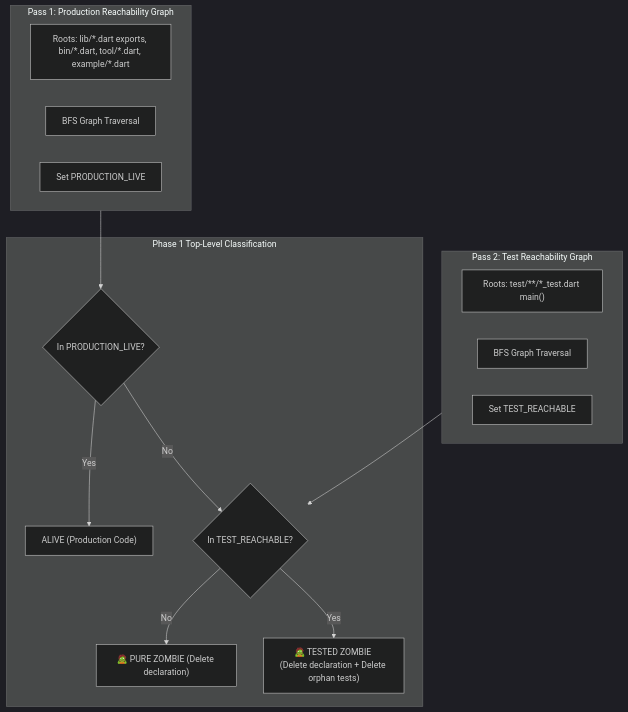
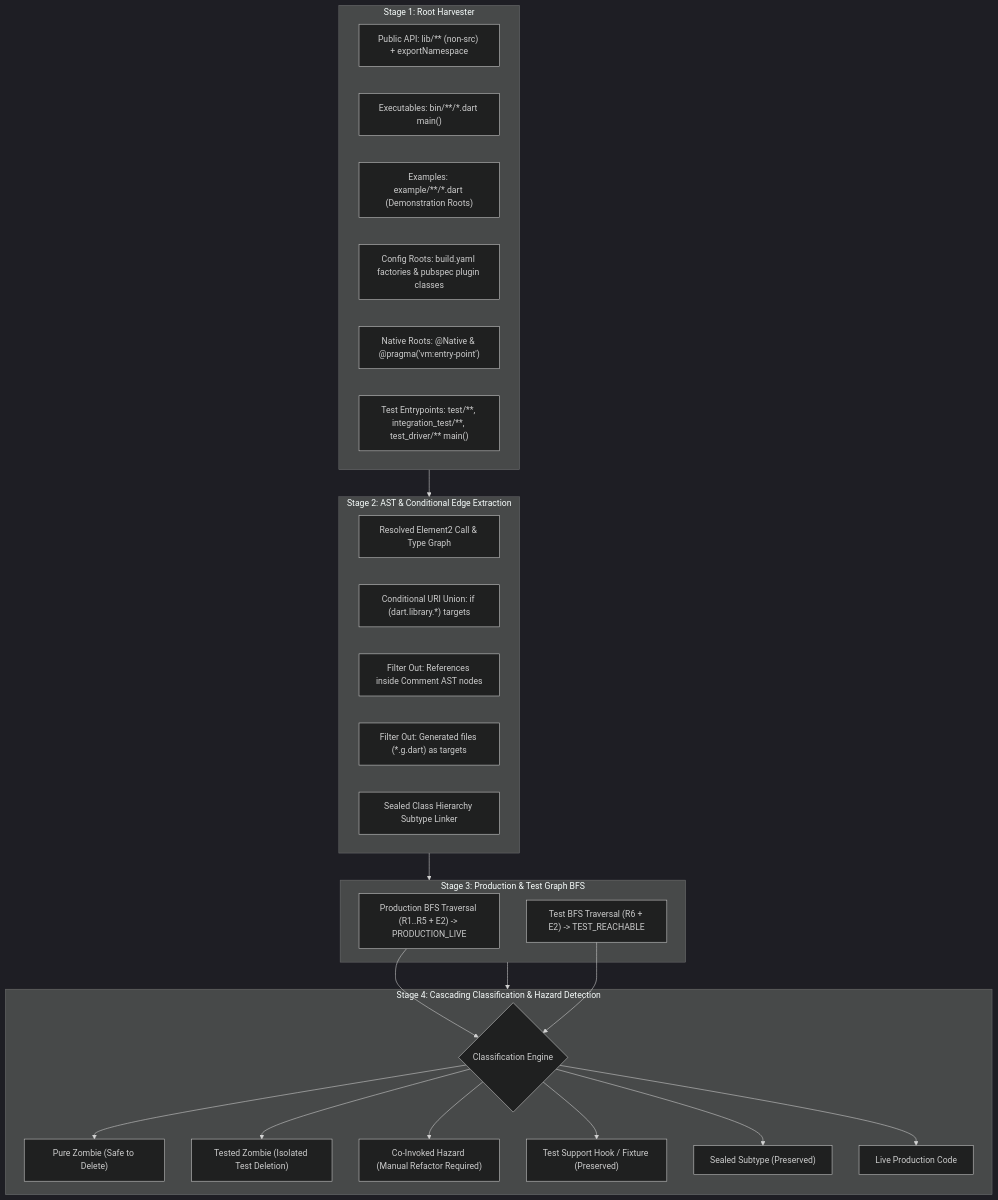
The diagram in packages/zombie/doc/taxonomy.md (Executer13/analytica.dart), drawn with Mermaid (dark theme) before and after one commit. The commit also changed other lines of this file and 1 other file, not shown here.

First line of the commit message:
docs(zombie): harden phase 1 taxonomy with demonstration invariant and co-invoked test hazard detection

````diff
--- a/packages/zombie/doc/taxonomy.md
+++ b/packages/zombie/doc/taxonomy.md
@@ -46,25 +69,40 @@
 ```mermaid
 flowchart TD
-    subgraph Pass1 ["Pass 1: Production Reachability Graph"]
-        P_Roots["Roots: lib/*.dart exports, bin/*.dart, tool/*.dart, example/*.dart"]
-        P_BFS["BFS Graph Traversal"]
-        P_Live["Set<Declaration> PRODUCTION_LIVE"]
+    subgraph Stage1 ["Stage 1: Root Harvester"]
+        R1["Public API: lib/** (non-src) + exportNamespace"]
+        R2["Executables: bin/**/*.dart main()"]
+        R3["Examples: example/**/*.dart (Demonstration Roots)"]
+        R4["Config Roots: build.yaml factories & pubspec plugin classes"]
+        R5["Native Roots: @Native & @pragma('vm:entry-point')"]
+        R6["Test Entrypoints: test/**, integration_test/**, test_driver/** main()"]
     end
 
-    subgraph Pass2 ["Pass 2: Test Reachability Graph"]
-        T_Roots["Roots: test/**/*_test.dart main()"]
-        T_BFS["BFS Graph Traversal"]
-        T_Live["Set<Declaration> TEST_REACHABLE"]
+    subgraph Stage2 ["Stage 2: AST & Conditional Edge Extraction"]
+        E1["Resolved Element2 Call & Type Graph"]
+        E2["Conditional URI Union: if (dart.library.*) targets"]
+        E3["Filter Out: References inside Comment AST nodes"]
+        E4["Filter Out: Generated files (*.g.dart) as targets"]
+        E5["Sealed Class Hierarchy Subtype Linker"]
     end
 
-    subgraph Classification ["Phase 1 Top-Level Classification"]
-        D1{"In PRODUCTION_LIVE?"}
-        D1 -->|Yes| Live["ALIVE (Production Code)"]
-        D1 -->|No| D2{"In TEST_REACHABLE?"}
-        D2 -->|No| PureZombie["🧟 PURE ZOMBIE (Delete declaration)"]
-        D2 -->|Yes| TestedZombie["🧟 TESTED ZOMBIE (Delete declaration + Delete orphan tests)"]
+    subgraph Stage3 ["Stage 3: Production & Test Graph BFS"]
+        P_BFS["Production BFS Traversal (R1..R5 + E2) -> PRODUCTION_LIVE"]
+        T_BFS["Test BFS Traversal (R6 + E2) -> TEST_REACHABLE"]
     end
 
-    Pass1 --> D1
-    Pass2 --> D2
+    subgraph Stage4 ["Stage 4: Cascading Classification & Hazard Detection"]
+        Classify{"Classification Engine"}
+        P_BFS --> Classify
+        T_BFS --> Classify
+        Classify --> Pure["Pure Zombie (Safe to Delete)"]
+        Classify --> Tested["Tested Zombie (Isolated Test Deletion)"]
+        Classify --> CoInvoked["Co-Invoked Hazard (Manual Refactor Required)"]
+        Classify --> TestSupport["Test Support Hook / Fixture (Preserved)"]
+        Classify --> SealedLive["Sealed Subtype (Preserved)"]
+        Classify --> Live["Live Production Code"]
+    end
+
+    Stage1 --> Stage2
+    Stage2 --> Stage3
+    Stage3 --> Stage4
 ```
````
